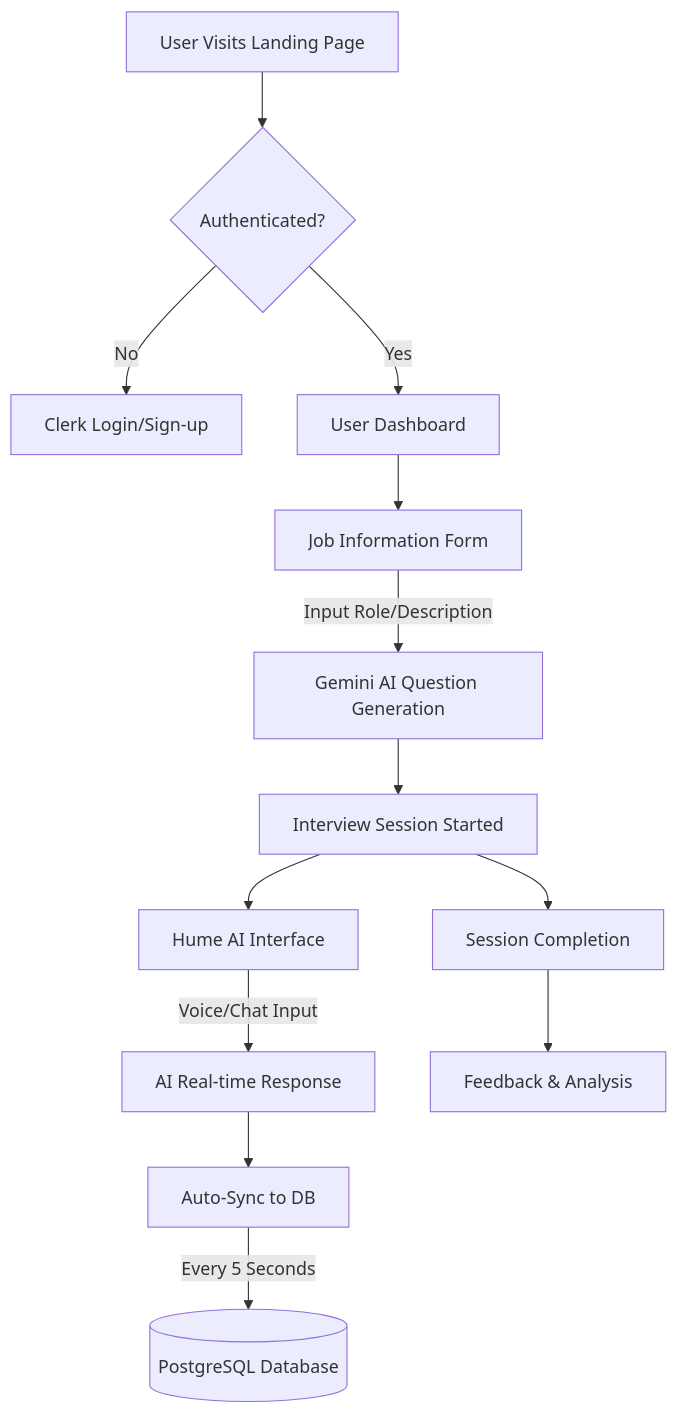
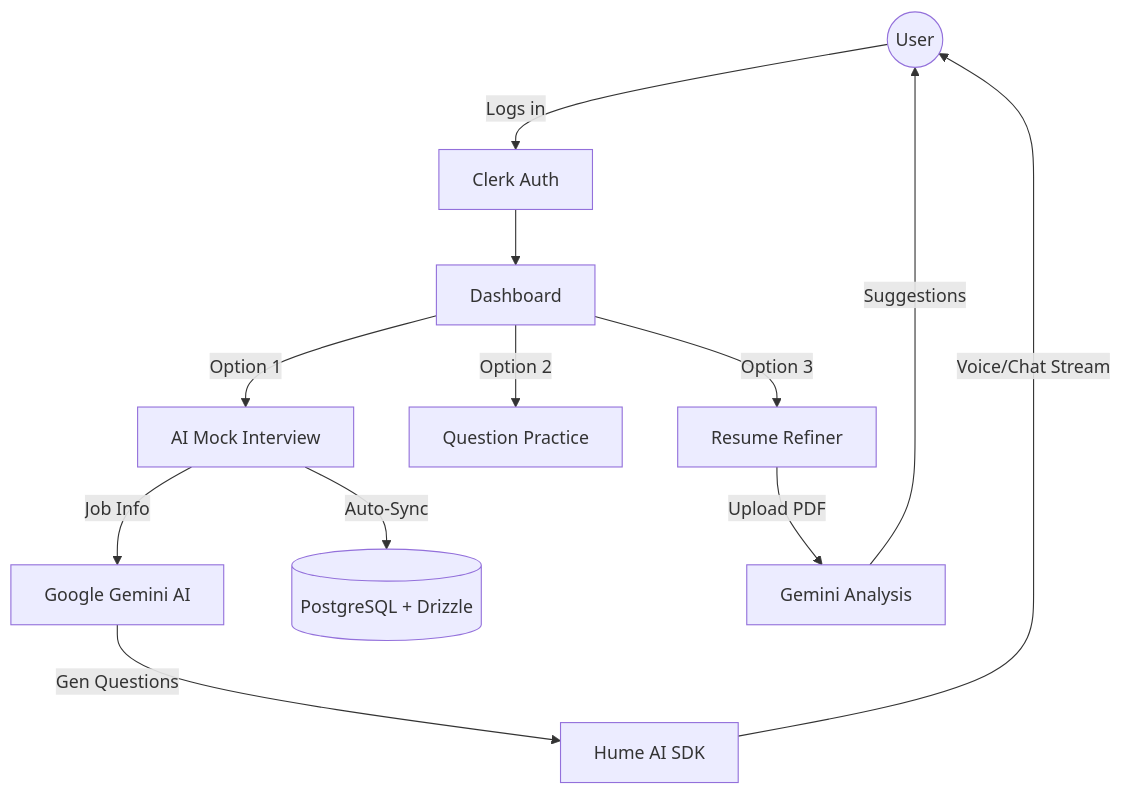
Before and after one commit to shubthenub/preper: the diagram in README.md, drawn with Mermaid. The commit also changed other lines of this file, not shown here.

````diff
--- a/README.md
+++ b/README.md
@@ -70,20 +77,19 @@
 ```mermaid
 graph TD
-    A[User Visits Landing Page] --> B{Authenticated?}
-    B -- No --> C[Clerk Login/Sign-up]
-    B -- Yes --> D[User Dashboard]
+    User((User)) -->|Logs in| Clerk[Clerk Auth]
+    Clerk --> Dashboard[Dashboard]
     
-    D --> E[Job Information Form]
-    E -->|Input Role/Description| F[Gemini AI Question Generation]
+    Dashboard -->|Option 1| Interview[AI Mock Interview]
+    Dashboard -->|Option 2| Practice[Question Practice]
+    Dashboard -->|Option 3| Resume[Resume Refiner]
+
+    Interview -->|Job Info| Gemini[Google Gemini AI]
+    Gemini -->|Gen Questions| Hume[Hume AI SDK]
+    Hume -->|Voice/Chat Stream| User
     
-    F --> G[Interview Session Started]
-    G --> H[Hume AI Interface]
-    H -->|Voice/Chat Input| I[AI Real-time Response]
+    Interview -->|Auto-Sync| DB[(PostgreSQL + Drizzle)]
     
-    I --> J[Auto-Sync to DB]
-    J -->|Every 5 Seconds| K[(PostgreSQL Database)]
-    
-    G --> L[Session Completion]
-    L --> M[Feedback & Analysis]
+    Resume -->|Upload PDF| GeminiAnalysis[Gemini Analysis]
+    GeminiAnalysis -->|Suggestions| User
 
 ```
````
